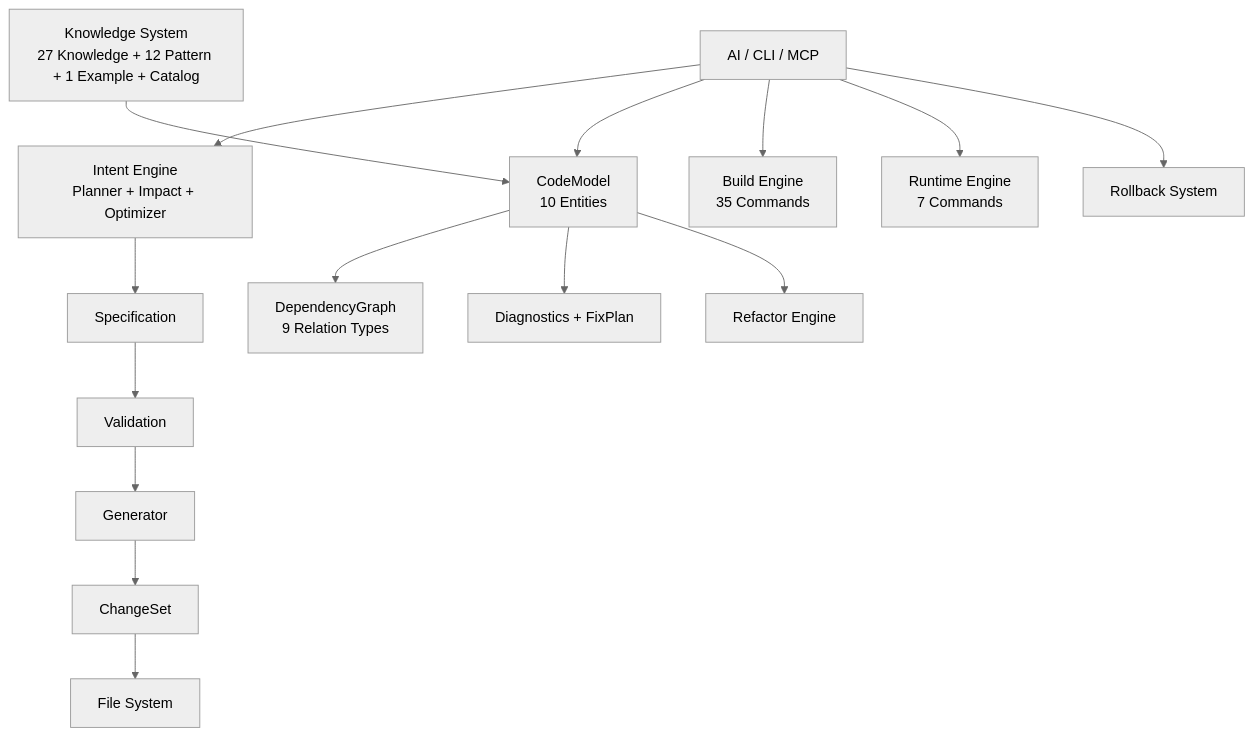
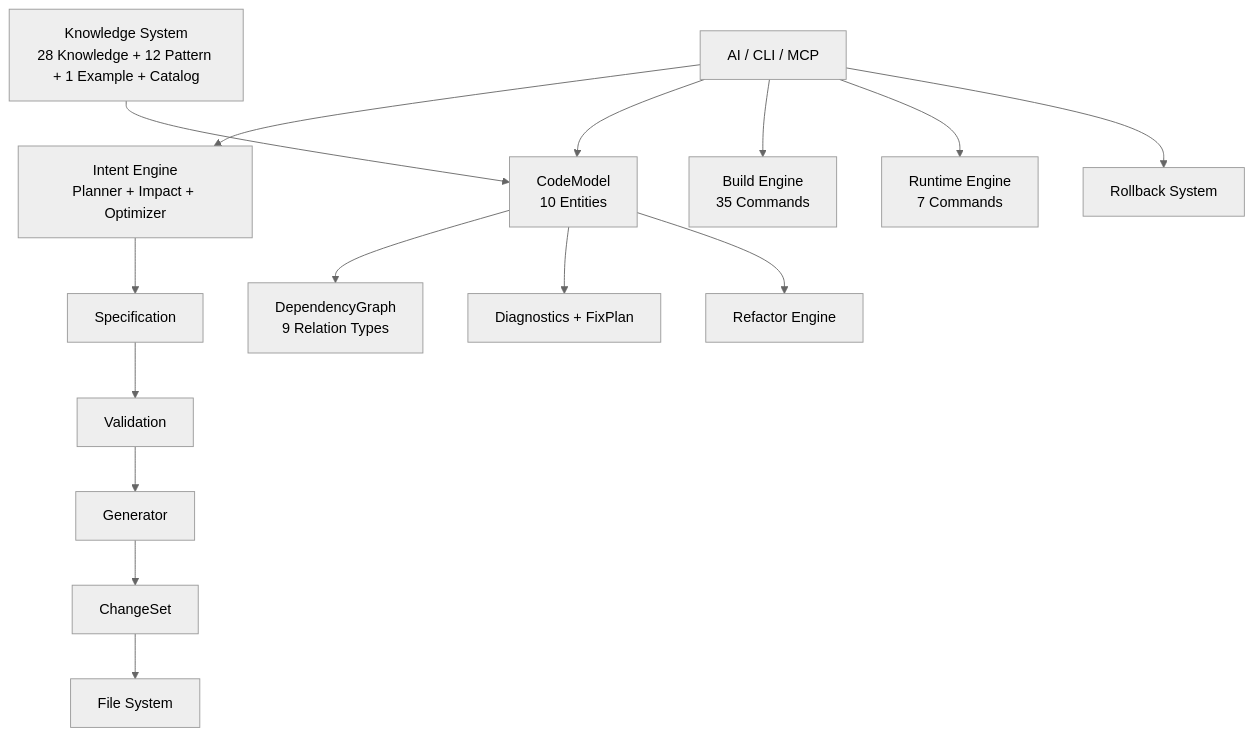
One commit to chenlei-gh/CADE changed the diagram in README.md. Above: the diagram before and after it, drawn with Mermaid (neutral theme). The commit also changed other lines of this file and 1 other file, not shown here.

Commit message:
Fix knowledge counts: 27→28K, 40→41 total (100% frontmatter coverage)

````diff
--- a/README.md
+++ b/README.md
@@ -205,20 +205,20 @@
 ```mermaid
 graph TD
     A[AI / CLI / MCP] --> P[Intent Engine<br/>Planner + Impact + Optimizer]
     P --> B[Specification]
     B --> C[Validation]
     C --> D[Generator]
     D --> E[ChangeSet]
     E --> F[File System]
 
     A --> G[CodeModel<br/>10 Entities]
     G --> H[DependencyGraph<br/>9 Relation Types]
     G --> I[Diagnostics + FixPlan]
     G --> J[Refactor Engine]
 
     A --> K[Build Engine<br/>35 Commands]
     A --> L[Runtime Engine<br/>7 Commands]
     A --> M[Rollback System]
 
-    N[Knowledge System<br/>27 Knowledge + 12 Pattern + 1 Example + Catalog] --> G
+    N[Knowledge System<br/>28 Knowledge + 12 Pattern + 1 Example + Catalog] --> G
 ```
````
